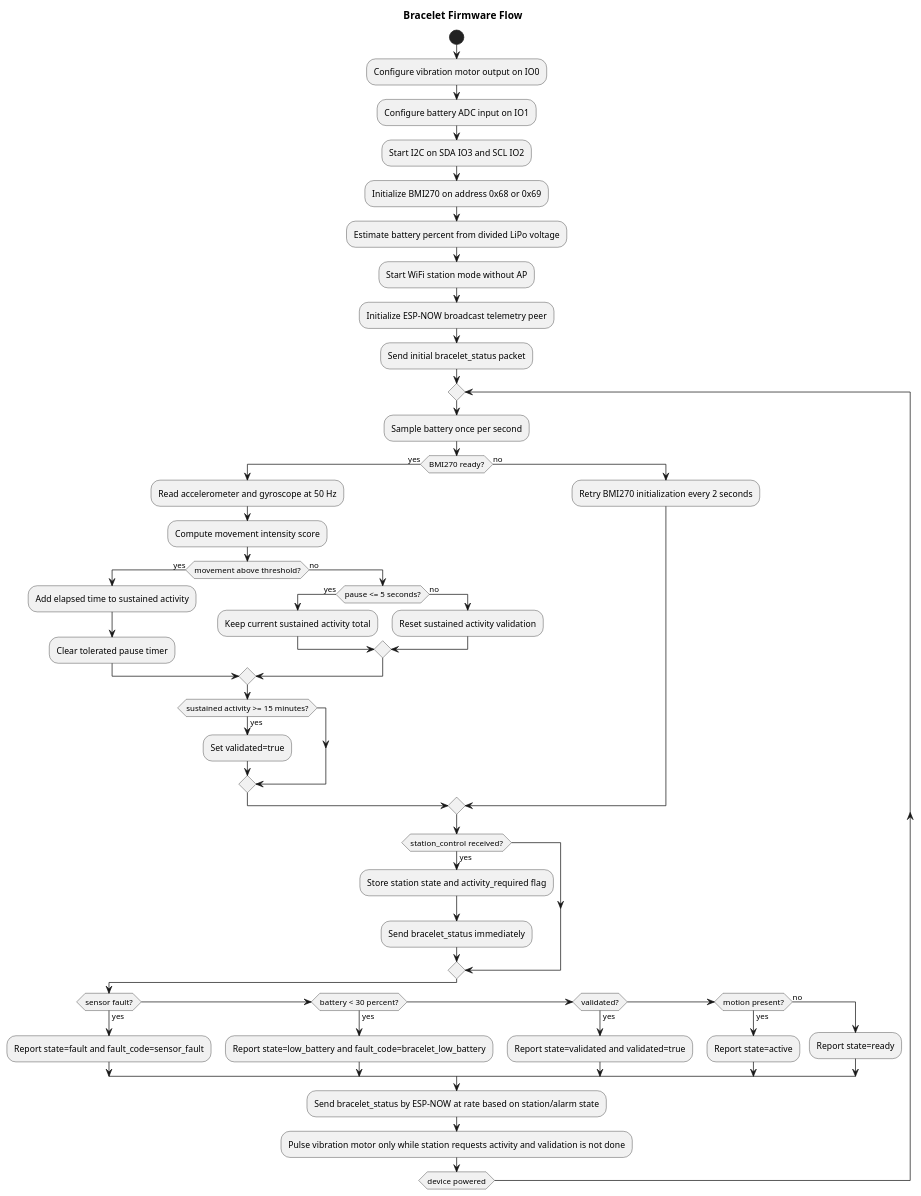
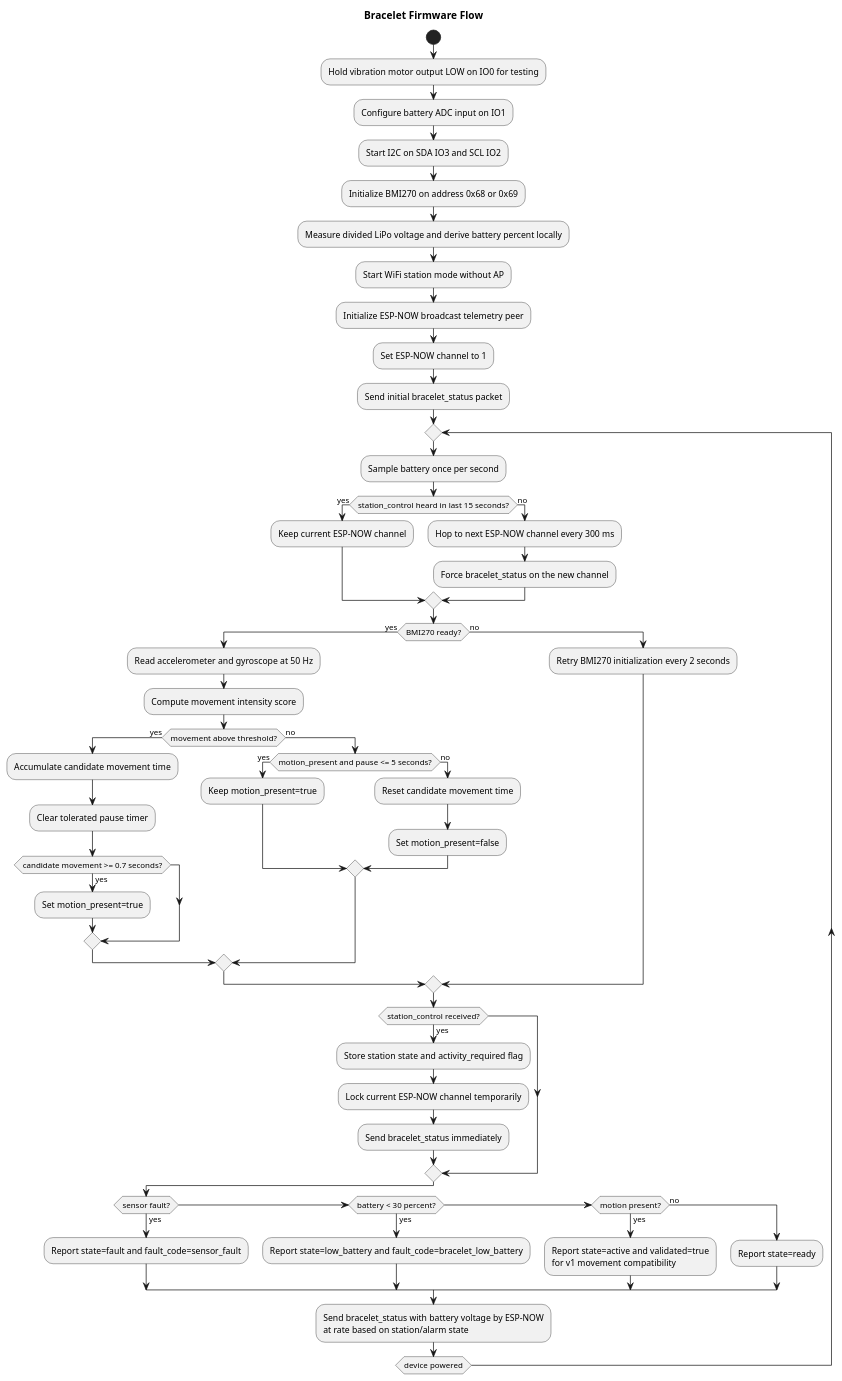
Before and after one commit to Jzn-wbr/Starter: the diagram in code/bracelet/UML/bracelet_firmware_flow.puml, drawn with PlantUML. The commit also changed 16 other files, not shown here.

Commit message:
Update alarm status and activity window behavior

```diff
--- a/code/bracelet/UML/bracelet_firmware_flow.puml
+++ b/code/bracelet/UML/bracelet_firmware_flow.puml
@@ -1,57 +1,63 @@
 @startuml
 title Bracelet Firmware Flow
 
 start
-:Configure vibration motor output on IO0;
+:Hold vibration motor output LOW on IO0 for testing;
 :Configure battery ADC input on IO1;
 :Start I2C on SDA IO3 and SCL IO2;
 :Initialize BMI270 on address 0x68 or 0x69;
-:Estimate battery percent from divided LiPo voltage;
+:Measure divided LiPo voltage and derive battery percent locally;
 :Start WiFi station mode without AP;
 :Initialize ESP-NOW broadcast telemetry peer;
+:Set ESP-NOW channel to 1;
 :Send initial bracelet_status packet;
 
 repeat
   :Sample battery once per second;
+  if (station_control heard in last 15 seconds?) then (yes)
+    :Keep current ESP-NOW channel;
+  else (no)
+    :Hop to next ESP-NOW channel every 300 ms;
+    :Force bracelet_status on the new channel;
+  endif
   if (BMI270 ready?) then (yes)
     :Read accelerometer and gyroscope at 50 Hz;
     :Compute movement intensity score;
     if (movement above threshold?) then (yes)
-      :Add elapsed time to sustained activity;
+      :Accumulate candidate movement time;
       :Clear tolerated pause timer;
+      if (candidate movement >= 0.7 seconds?) then (yes)
+        :Set motion_present=true;
+      endif
     else (no)
-      if (pause <= 5 seconds?) then (yes)
-        :Keep current sustained activity total;
+      if (motion_present and pause <= 5 seconds?) then (yes)
+        :Keep motion_present=true;
       else (no)
-        :Reset sustained activity validation;
+        :Reset candidate movement time;
+        :Set motion_present=false;
       endif
-    endif
-    if (sustained activity >= 15 minutes?) then (yes)
-      :Set validated=true;
     endif
   else (no)
     :Retry BMI270 initialization every 2 seconds;
   endif
 
   if (station_control received?) then (yes)
     :Store station state and activity_required flag;
+    :Lock current ESP-NOW channel temporarily;
     :Send bracelet_status immediately;
   endif
 
   if (sensor fault?) then (yes)
     :Report state=fault and fault_code=sensor_fault;
   elseif (battery < 30 percent?) then (yes)
     :Report state=low_battery and fault_code=bracelet_low_battery;
-  elseif (validated?) then (yes)
-    :Report state=validated and validated=true;
   elseif (motion present?) then (yes)
-    :Report state=active;
+    :Report state=active and validated=true\nfor v1 movement compatibility;
   else (no)
     :Report state=ready;
   endif
 
-  :Send bracelet_status by ESP-NOW at rate based on station/alarm state;
-  :Pulse vibration motor only while station requests activity and validation is not done;
+  :Send bracelet_status with battery voltage by ESP-NOW\nat rate based on station/alarm state;
 repeat while (device powered)
 
 @enduml
```
